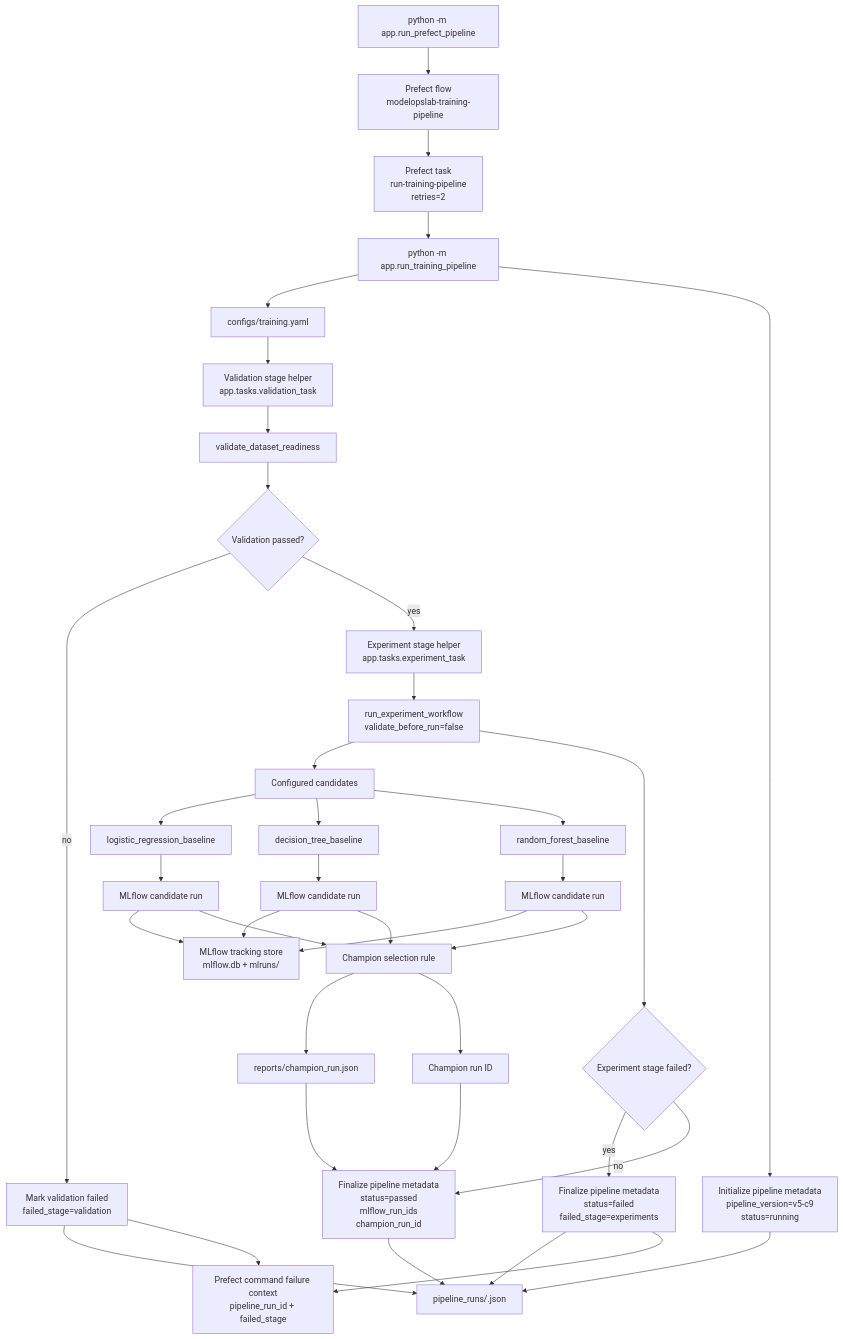
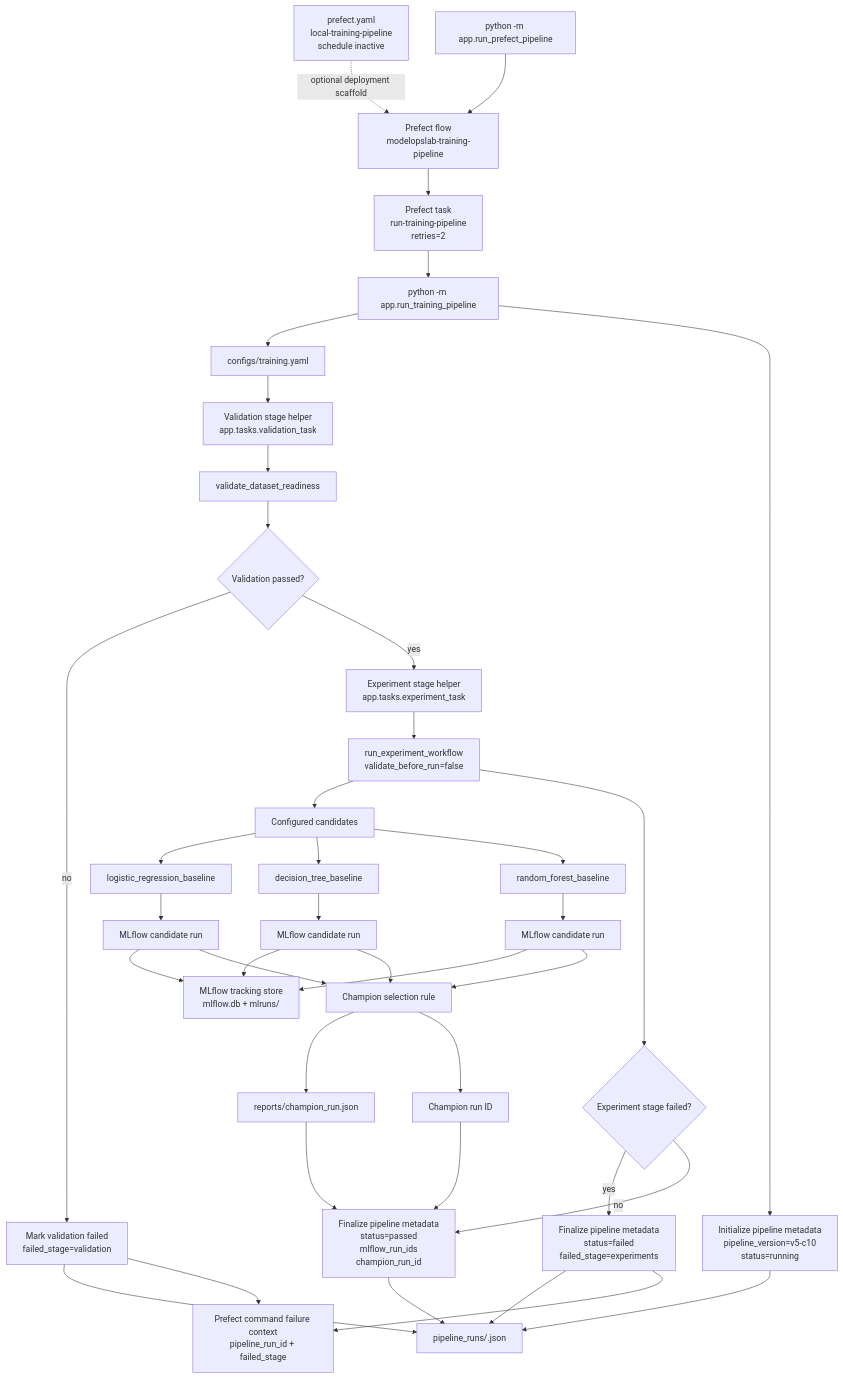
The diagram in docs/diagrams/v5_training_pipeline_flow.md (git4alauddin/model-ops-lab), drawn with Mermaid before and after one commit. The commit also changed other lines of this file and 12 other files, not shown here.

Commit message:
v5-c10: add Prefect deployment scaffold

````diff
--- a/docs/diagrams/v5_training_pipeline_flow.md
+++ b/docs/diagrams/v5_training_pipeline_flow.md
@@ -7,11 +7,12 @@
 ```mermaid
 flowchart TD
     prefect_cmd["python -m app.run_prefect_pipeline"]
+    prefect_yaml["prefect.yaml<br/>local-training-pipeline<br/>schedule inactive"]
     prefect_flow["Prefect flow<br/>modelopslab-training-pipeline"]
     prefect_task["Prefect task<br/>run-training-pipeline<br/>retries=2"]
     pipeline_cmd["python -m app.run_training_pipeline"]
     config["configs/training.yaml"]
-    metadata_start["Initialize pipeline metadata<br/>pipeline_version=v5-c9<br/>status=running"]
+    metadata_start["Initialize pipeline metadata<br/>pipeline_version=v5-c10<br/>status=running"]
     validation["Validation stage helper<br/>app.tasks.validation_task"]
     validation_runner["validate_dataset_readiness"]
     validation_gate{"Validation passed?"}
@@ -39,6 +40,7 @@
 
     experiment_failed{"Experiment stage failed?"}
 
+    prefect_yaml -. optional deployment scaffold .-> prefect_flow
     prefect_cmd --> prefect_flow
     prefect_flow --> prefect_task
     prefect_task --> pipeline_cmd
````
